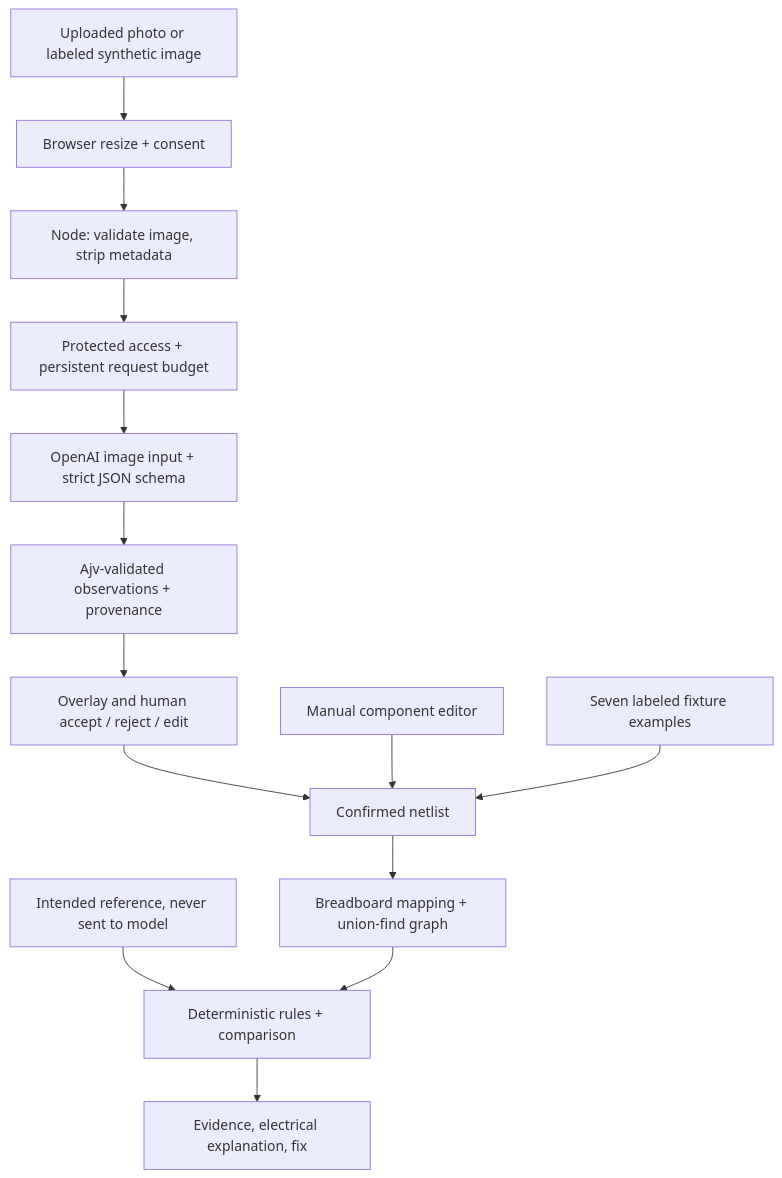
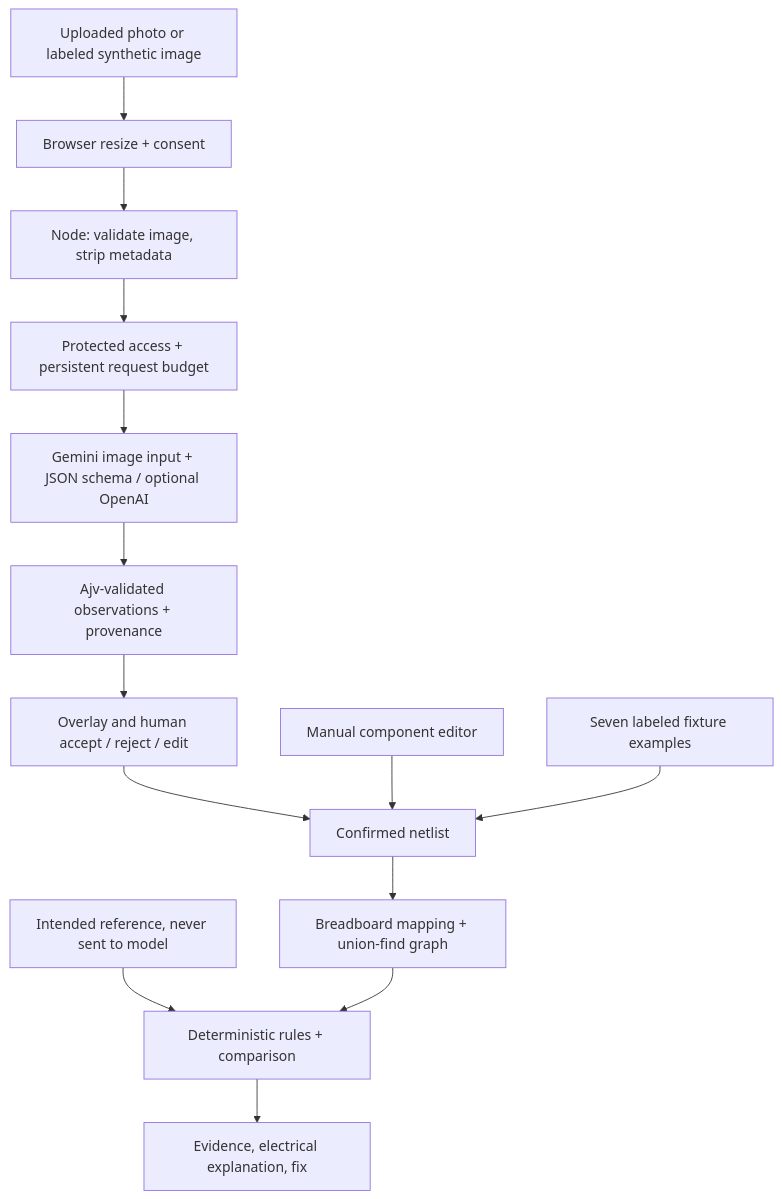
One commit to luiscontrerasus-glitch/CircuitLens changed the diagram in README.md. Above: the diagram before and after it, drawn with Mermaid. The commit also changed other lines of this file and 46 other files, not shown here.

````diff
--- a/README.md
+++ b/README.md
@@ -32,16 +32,16 @@
 ```mermaid
 flowchart TD
     I[Uploaded photo or labeled synthetic image] --> P[Browser resize + consent]
     P --> S[Node: validate image, strip metadata]
     S --> Q[Protected access + persistent request budget]
-    Q --> V[OpenAI image input + strict JSON schema]
+    Q --> V[Gemini image input + JSON schema / optional OpenAI]
     V --> O[Ajv-validated observations + provenance]
     O --> H[Overlay and human accept / reject / edit]
     H --> N[Confirmed netlist]
     M[Manual component editor] --> N
     F[Seven labeled fixture examples] --> N
     N --> G[Breadboard mapping + union-find graph]
     R[Intended reference, never sent to model] --> D[Deterministic rules + comparison]
     G --> D
     D --> E[Evidence, electrical explanation, fix]
 ```
````
